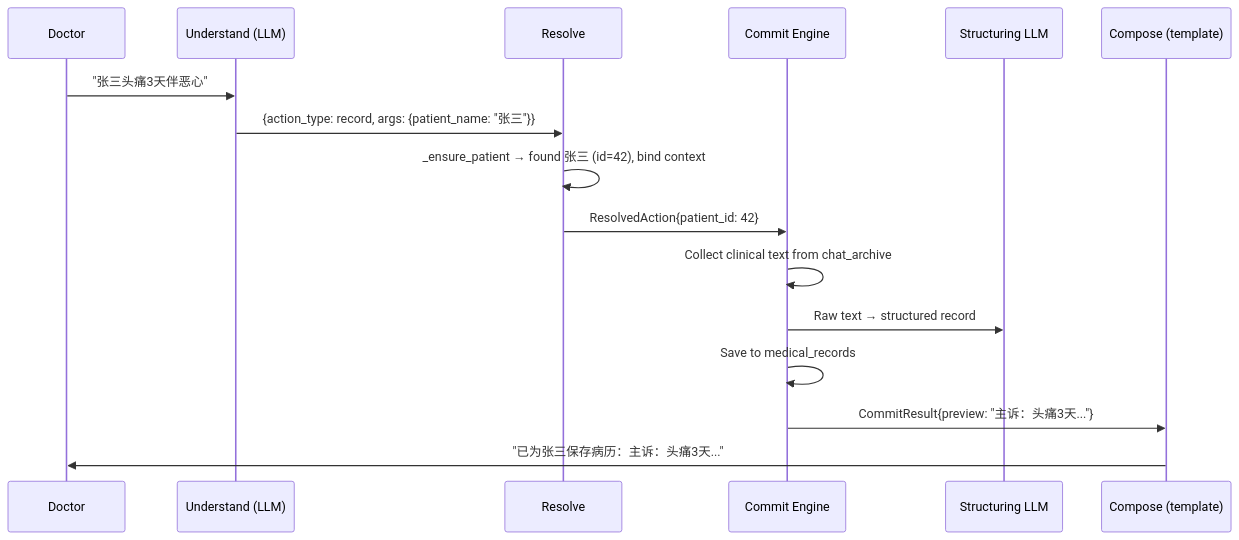
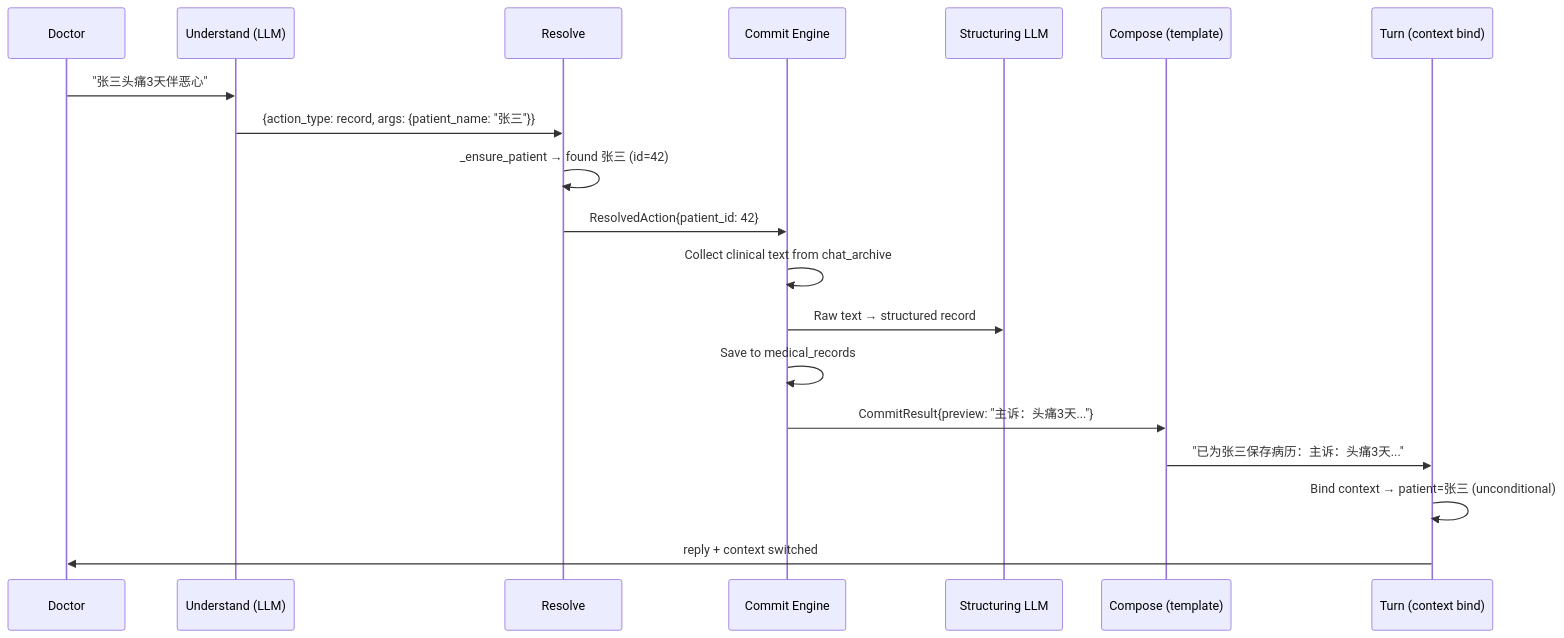
One commit to moments8890/doctor-ai-agent changed the fifth of 11 diagrams in docs/adr/0013-architecture-diagram.md. Above: the diagram before and after it, drawn with Mermaid. The commit also changed other lines of this file, not shown here.

First line of the commit message:
docs: rewrite ADR 0013 diagrams to match ADR decisions

````diff
--- a/docs/adr/0013-architecture-diagram.md
+++ b/docs/adr/0013-architecture-diagram.md
@@ -132,19 +155,22 @@
 ```mermaid
 sequenceDiagram
     participant D as Doctor
     participant U as Understand (LLM)
     participant R as Resolve
     participant CE as Commit Engine
     participant S as Structuring LLM
     participant Co as Compose (template)
+    participant T as Turn (context bind)
 
     D->>U: "张三头痛3天伴恶心"
     U->>R: {action_type: record, args: {patient_name: "张三"}}
-    R->>R: _ensure_patient → found 张三 (id=42), bind context
+    R->>R: _ensure_patient → found 张三 (id=42)
     R->>CE: ResolvedAction{patient_id: 42}
     CE->>CE: Collect clinical text from chat_archive
     CE->>S: Raw text → structured record
     CE->>CE: Save to medical_records
     CE->>Co: CommitResult{preview: "主诉：头痛3天..."}
-    Co->>D: "已为张三保存病历：主诉：头痛3天..."
+    Co->>T: "已为张三保存病历：主诉：头痛3天..."
+    T->>T: Bind context → patient=张三 (unconditional)
+    T->>D: reply + context switched
 ```
````
